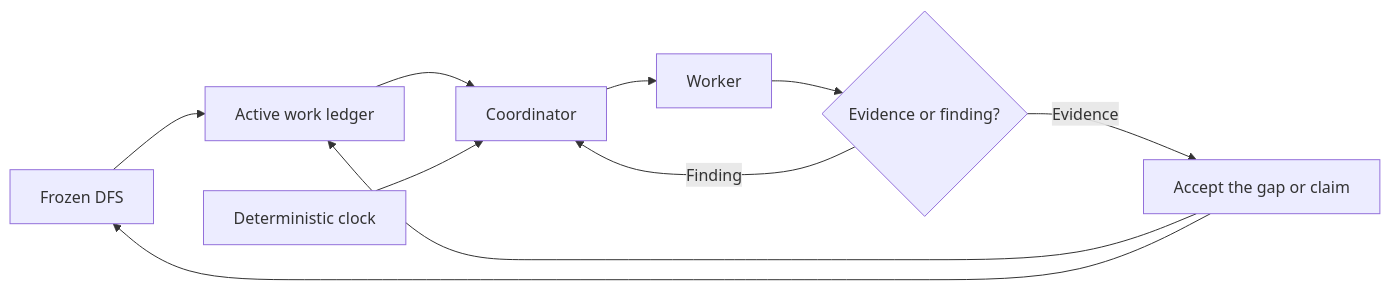
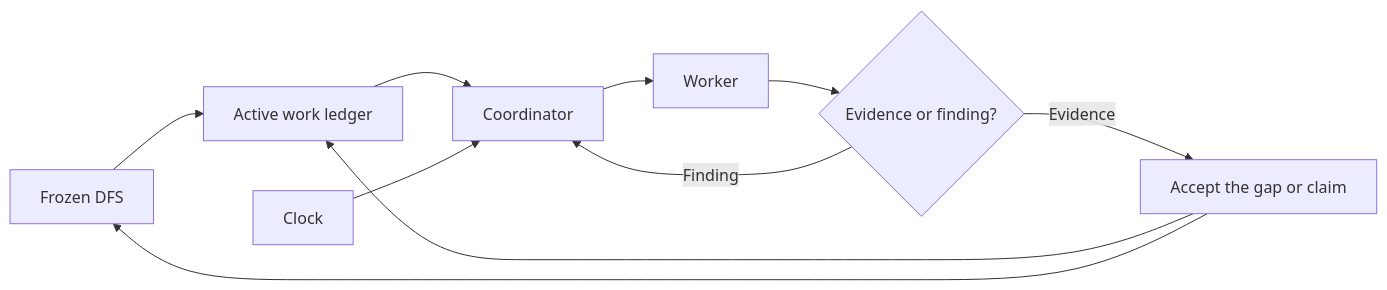
One commit to josihosi/de67 changed the first of 2 diagrams in README.md. Above: the diagram before and after it, drawn with Mermaid. The commit also changed other lines of this file, not shown here.

````diff
--- a/README.md
+++ b/README.md
@@ -35,12 +35,12 @@
 ```mermaid
 flowchart LR
     DFS["Frozen DFS"] --> Ledger["Active work ledger"]
     Ledger --> Coordinator["Coordinator"]
-    Clock["Deterministic clock"] --> Coordinator
+    Clock["Clock"] --> Coordinator
     Coordinator --> Worker["Worker"]
     Worker --> Result{"Evidence or finding?"}
     Result -->|Evidence| Acceptance["Accept the gap or claim"]
     Result -->|Finding| Coordinator
     Acceptance --> Ledger
     Acceptance --> DFS
 ```
````
